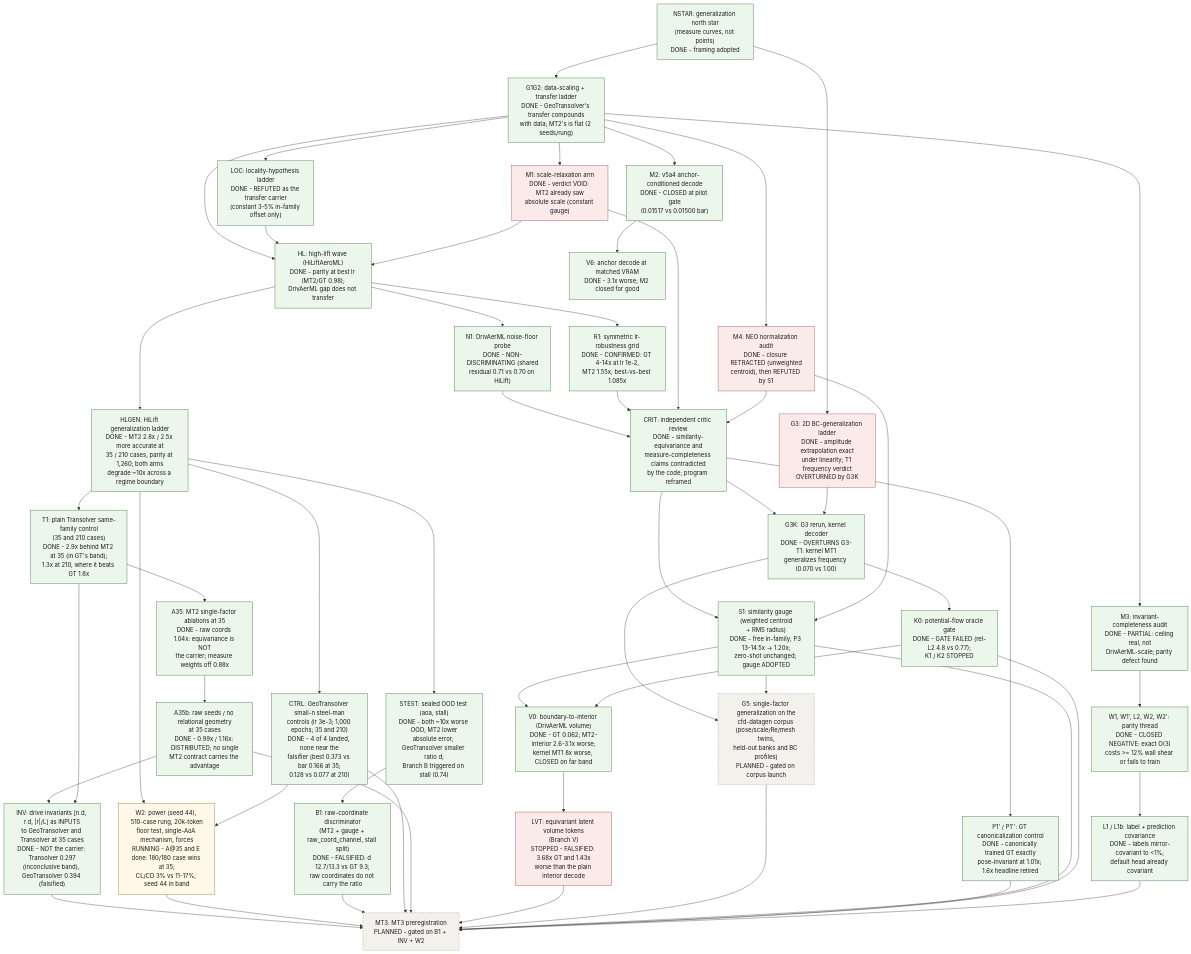
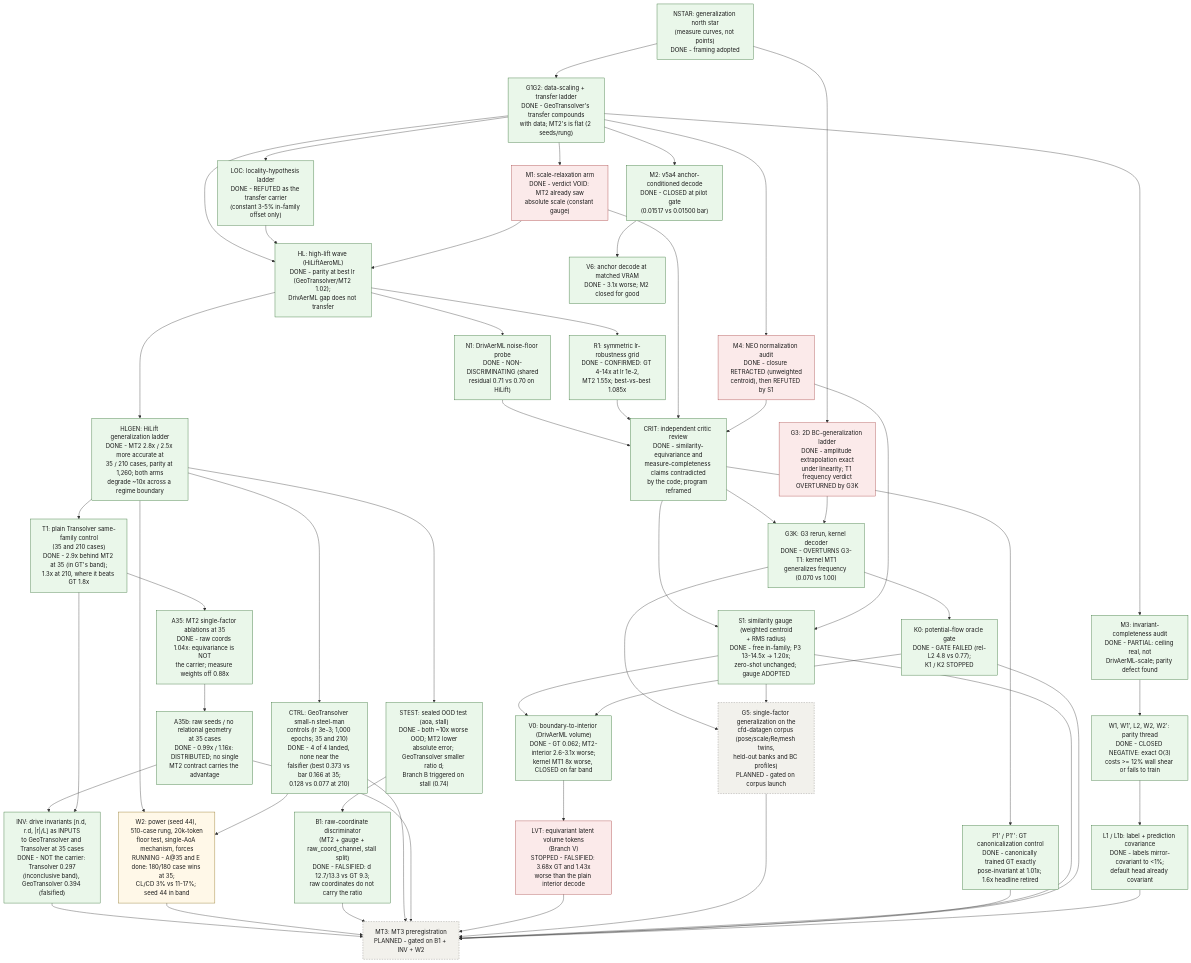
The diagram in examples/cfd/mesh_transformer/book/13-program-status.qmd (peterdsharpe/modulus), drawn with Mermaid before and after one commit. The commit also changed other lines of this file and 9 other files, not shown here.

Commit message:
Book: reviewer fixes wave 3 (Transolver per-rung lr disclosure, checkpoint-selection exceptions, zero-shot target reconciliation, parity wording, 2D Laplace gap scope, status prose rewritten from ledger); full render clean

````diff
--- a/examples/cfd/mesh_transformer/book/13-program-status.qmd
+++ b/examples/cfd/mesh_transformer/book/13-program-status.qmd
@@ -30,6 +30,6 @@
 ```{mermaid}
 %%| fig-cap: >
-%%|   The generalization-campaign tech tree as of 2026-09-04. Green: done,
+%%|   The generalization-campaign tech tree as of 2026-09-07. Green: done,
 %%|   with the verdict in the node. Amber: running. Gray dashed: planned,
 %%|   gated on an upstream readout. Red: a verdict that was later
 %%|   retracted, voided, or overturned; the node that did so is its
@@ -49,7 +49,7 @@
     M3["M3: invariant-completeness audit<br/>DONE - PARTIAL: ceiling real, not<br/>DrivAerML-scale; parity defect found"]:::done
     M4["M4: NEO normalization audit<br/>DONE - closure RETRACTED (unweighted<br/>centroid), then REFUTED by S1"]:::retracted
     G3["G3: 2D BC-generalization ladder<br/>DONE - amplitude extrapolation exact<br/>under linearity; T1 frequency verdict<br/>OVERTURNED by G3K"]:::retracted
-    HL["HL: high-lift wave (HiLiftAeroML)<br/>DONE - parity at best lr (MT2/GT 0.98);<br/>DrivAerML gap does not transfer"]:::done
+    HL["HL: high-lift wave (HiLiftAeroML)<br/>DONE - parity at best lr (GeoTransolver/MT2 1.02);<br/>DrivAerML gap does not transfer"]:::done
     N1["N1: DrivAerML noise-floor probe<br/>DONE - NON-DISCRIMINATING (shared<br/>residual 0.71 vs 0.70 on HiLift)"]:::done
     R1["R1: symmetric lr-robustness grid<br/>DONE - CONFIRMED: GT 4-14x at lr 1e-2,<br/>MT2 1.55x; best-vs-best 1.085x"]:::done
     V6["V6: anchor decode at matched VRAM<br/>DONE - 3.1x worse; M2 closed for good"]:::done
````
